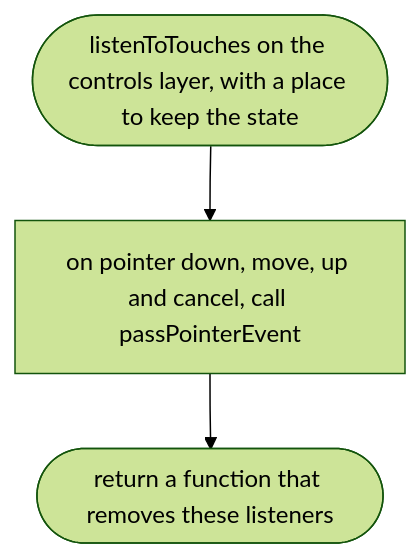
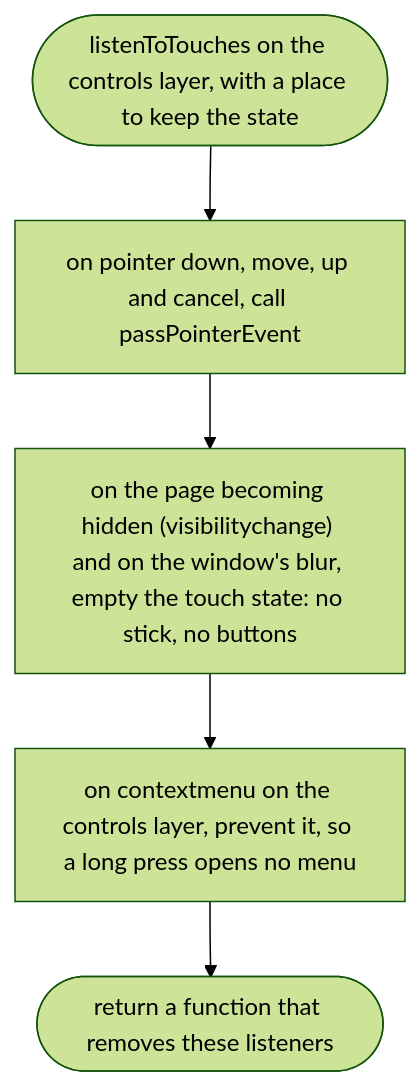
One commit to NewDara-Star/world-engine changed the ninth of 10 diagrams in docs/designs/src/controls/touch.md. Above: the diagram before and after it, drawn with Mermaid (forest theme). The commit also changed other lines of this file and 41 other files, not shown here.

````diff
--- a/docs/designs/src/controls/touch.md
+++ b/docs/designs/src/controls/touch.md
@@ -135,7 +161,9 @@
 ```mermaid
 flowchart TD
   s(["listenToTouches on the controls layer, with a place to keep the state"])
   a["on pointer down, move, up and cancel, call passPointerEvent"]
-  b(["return a function that removes these listeners"])
-  s --> a --> b
+  b["on the page becoming hidden (visibilitychange) and on the window's blur, empty the touch state: no stick, no buttons"]
+  c["on contextmenu on the controls layer, prevent it, so a long press opens no menu"]
+  d(["return a function that removes these listeners"])
+  s --> a --> b --> c --> d
 ```
````
